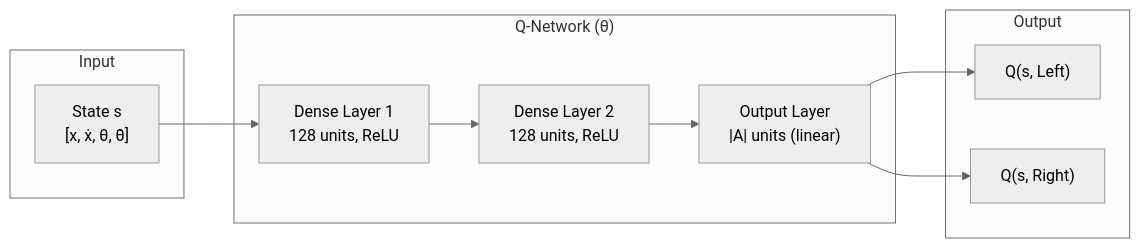
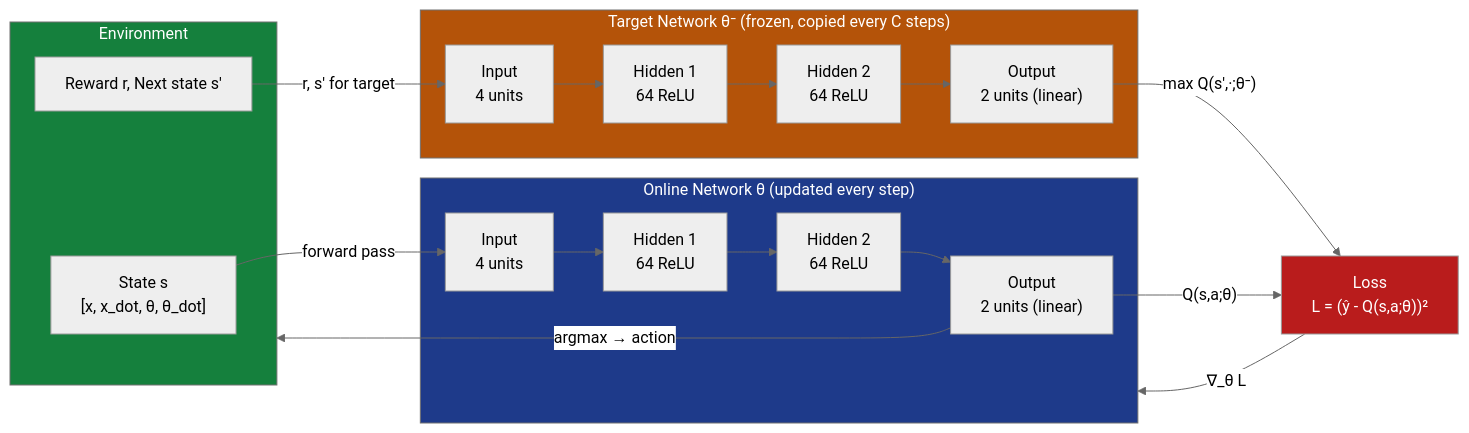
The second of 3 diagrams in notes/01-ml/06_reinforcement_learning/ch04_dqn/README.md (deepakshamsft/ai-portfolio), drawn with Mermaid (neutral theme) before and after one commit. The commit also changed other lines of this file and 727 other files, not shown here.

````diff
--- a/notes/01-ml/06_reinforcement_learning/ch04_dqn/README.md
+++ b/notes/01-ml/06_reinforcement_learning/ch04_dqn/README.md
@@ -247,19 +419,35 @@
 ```mermaid
 flowchart LR
-    subgraph Input
-        S["State s<br/>[x, ẋ, θ, θ̇]"]
-    end
-    subgraph "Q-Network (θ)"
-        L1["Dense Layer 1<br/>128 units, ReLU"]
-        L2["Dense Layer 2<br/>128 units, ReLU"]
-        OUT["Output Layer<br/>|A| units (linear)"]
-    end
-    subgraph Output
-        Q0["Q(s, Left)"]
-        Q1["Q(s, Right)"]
+    subgraph ENV["Environment"]
+        E1["State s\n[x, x_dot, θ, θ_dot]"]
+        E2["Reward r, Next state s'"]
     end
 
-    S --> L1 --> L2 --> OUT
-    OUT --> Q0
-    OUT --> Q1
+    subgraph ONLINE["Online Network  θ  (updated every step)"]
+        IN1["Input\n4 units"]
+        H1["Hidden 1\n64 ReLU"]
+        H2["Hidden 2\n64 ReLU"]
+        OUT1["Output\n2 units (linear)"]
+        IN1 --> H1 --> H2 --> OUT1
+    end
+
+    subgraph TARGET["Target Network  θ⁻  (frozen, copied every C steps)"]
+        IN2["Input\n4 units"]
+        H3["Hidden 1\n64 ReLU"]
+        H4["Hidden 2\n64 ReLU"]
+        OUT2["Output\n2 units (linear)"]
+        IN2 --> H3 --> H4 --> OUT2
+    end
+
+    E1 -->|"forward pass"| IN1
+    OUT1 -->|"argmax → action"| ENV
+    E2 -->|"r, s' for target"| IN2
+    OUT2 -->|"max Q(s',·;θ⁻)"| LOSS["Loss\nL = (ŷ - Q(s,a;θ))²"]
+    OUT1 -->|"Q(s,a;θ)"| LOSS
+    LOSS -->|"∇_θ L"| ONLINE
+
+    style ONLINE fill:#1e3a8a,color:#fff
+    style TARGET fill:#b45309,color:#fff
+    style ENV fill:#15803d,color:#fff
+    style LOSS fill:#b91c1c,color:#fff
 ```
````
